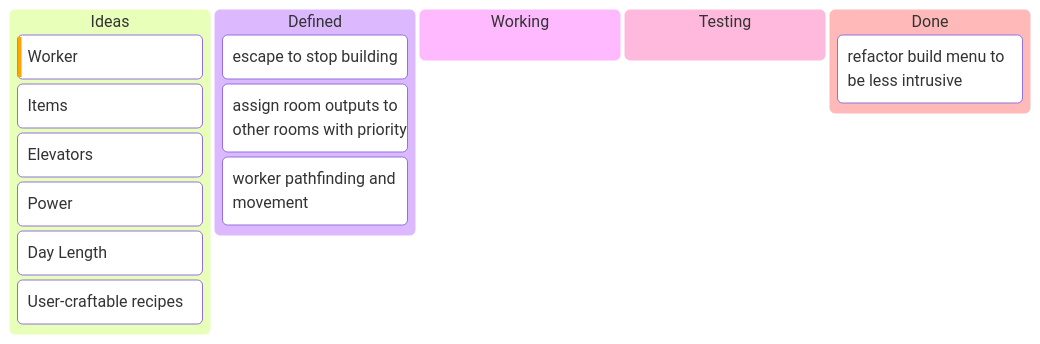
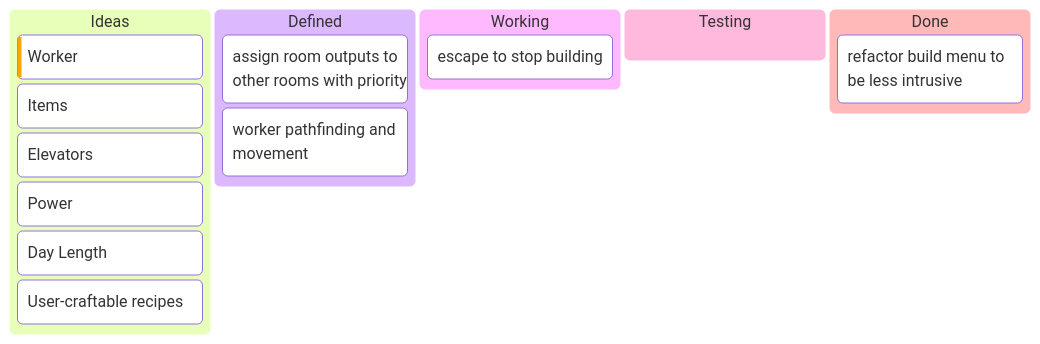
Before and after one commit to sagecottrell/wizard-tower: the first of 2 diagrams in TODO.md, drawn with Mermaid. The commit also changed other lines of this file and 43 other files, not shown here.

````diff
--- a/TODO.md
+++ b/TODO.md
@@ -5,20 +5,20 @@
 ```mermaid
 
 kanban
     idea[Ideas]
         [Worker]@{priority: 'High'}
         [Items]
         [Elevators]
         [Power]
         [Day Length]
         [User-craftable recipes]
     defined[Defined]
-        [escape to stop building]
         [assign room outputs to other rooms with priority]
         [worker pathfinding and movement]
     wip[Working]
+        [escape to stop building]
     test[Testing]
     done[Done]
         [refactor build menu to be less intrusive]
 
 ```
````
